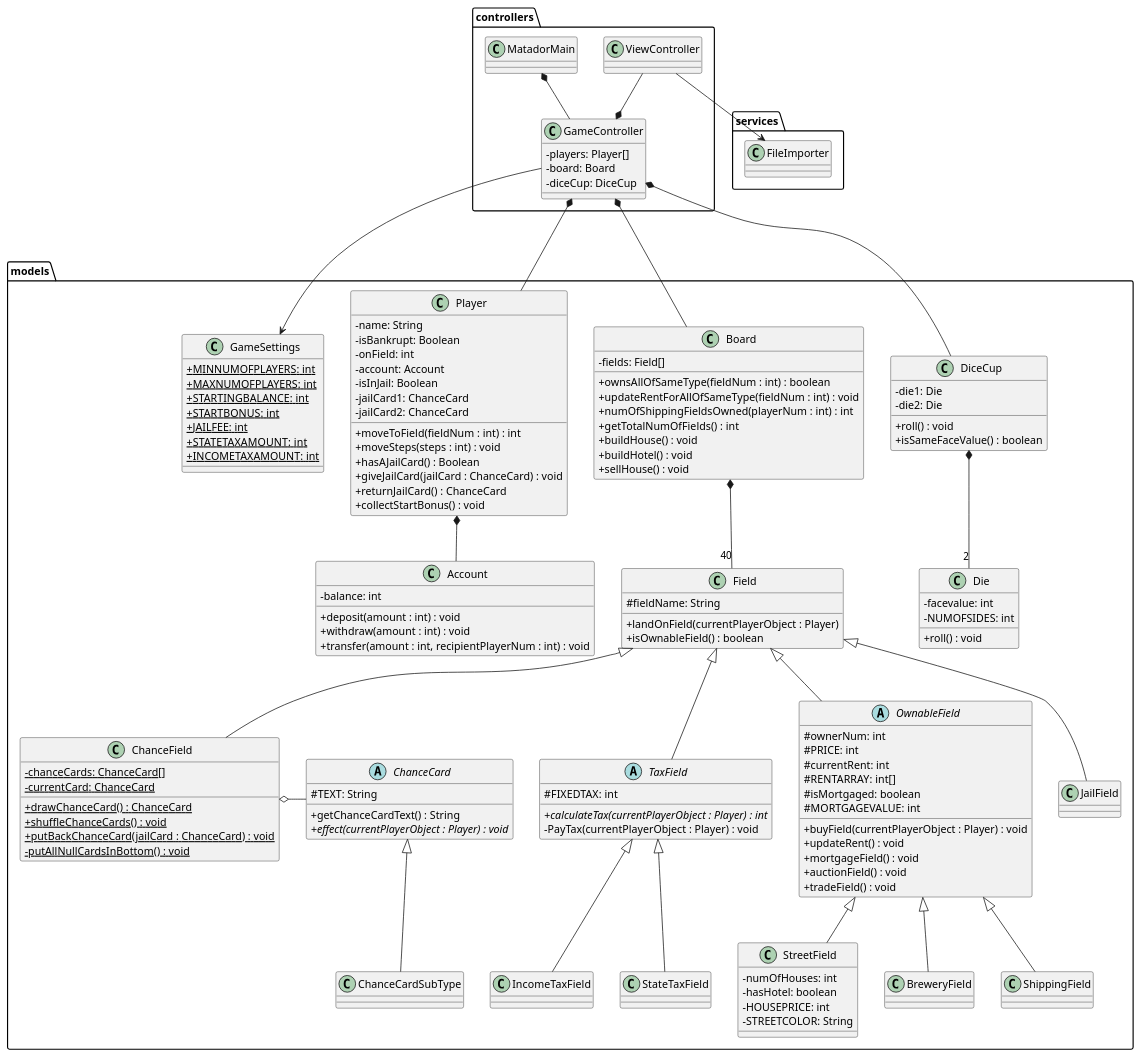
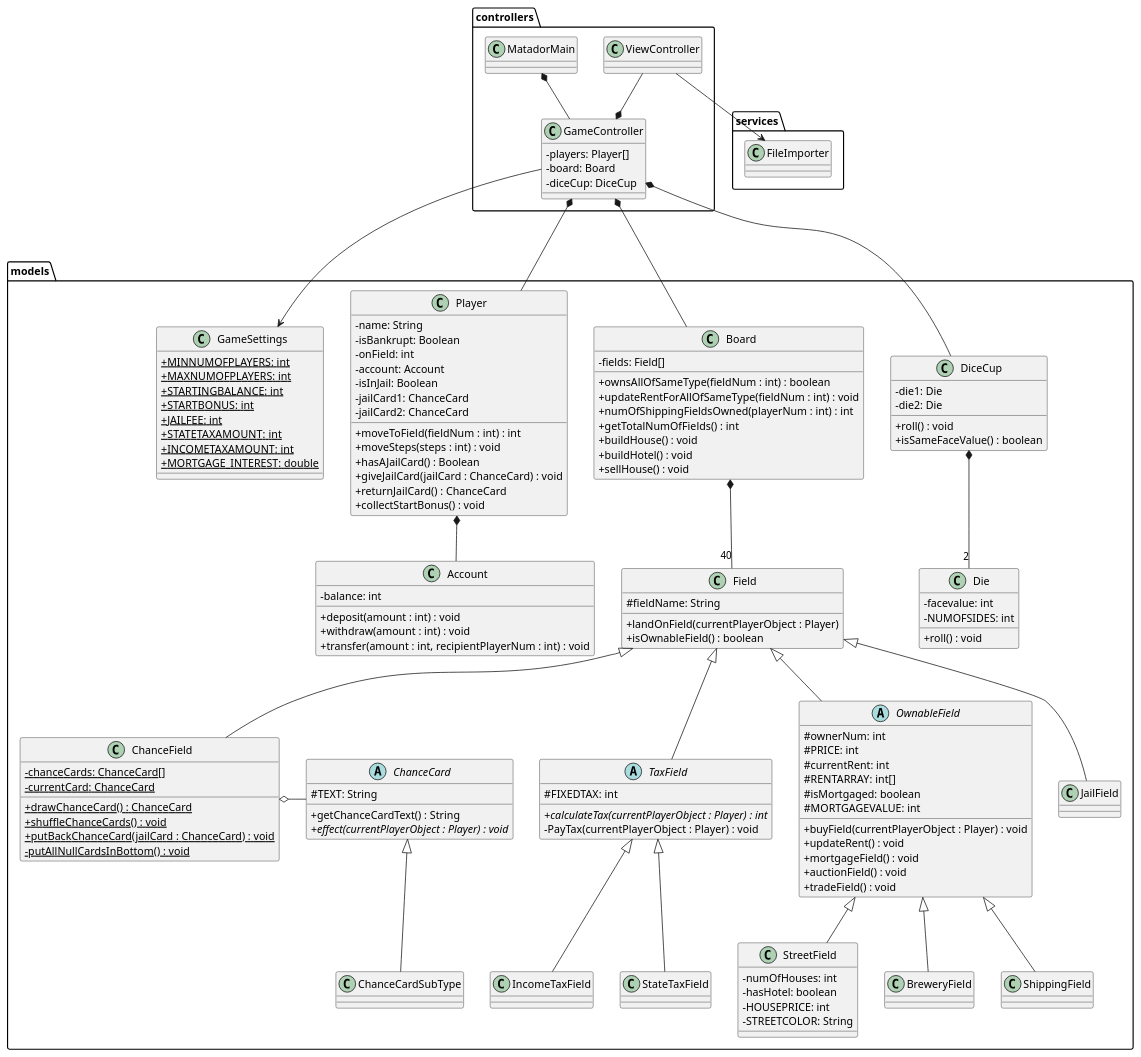
One commit to GabeKierk889/gruppe-18 changed the diagram in 18_final/UML/DesignClassDiagram.puml. Above: the diagram before and after it, drawn with PlantUML. The commit also changed 4 other files, not shown here.

```diff
--- a/18_final/UML/DesignClassDiagram.puml
+++ b/18_final/UML/DesignClassDiagram.puml
@@ -42,6 +42,7 @@
     {static}+JAILFEE: int
     {static}+STATETAXAMOUNT: int
     {static}+INCOMETAXAMOUNT: int
+    {static}+MORTGAGE_INTEREST: double
 }
 
 class Player {
```
